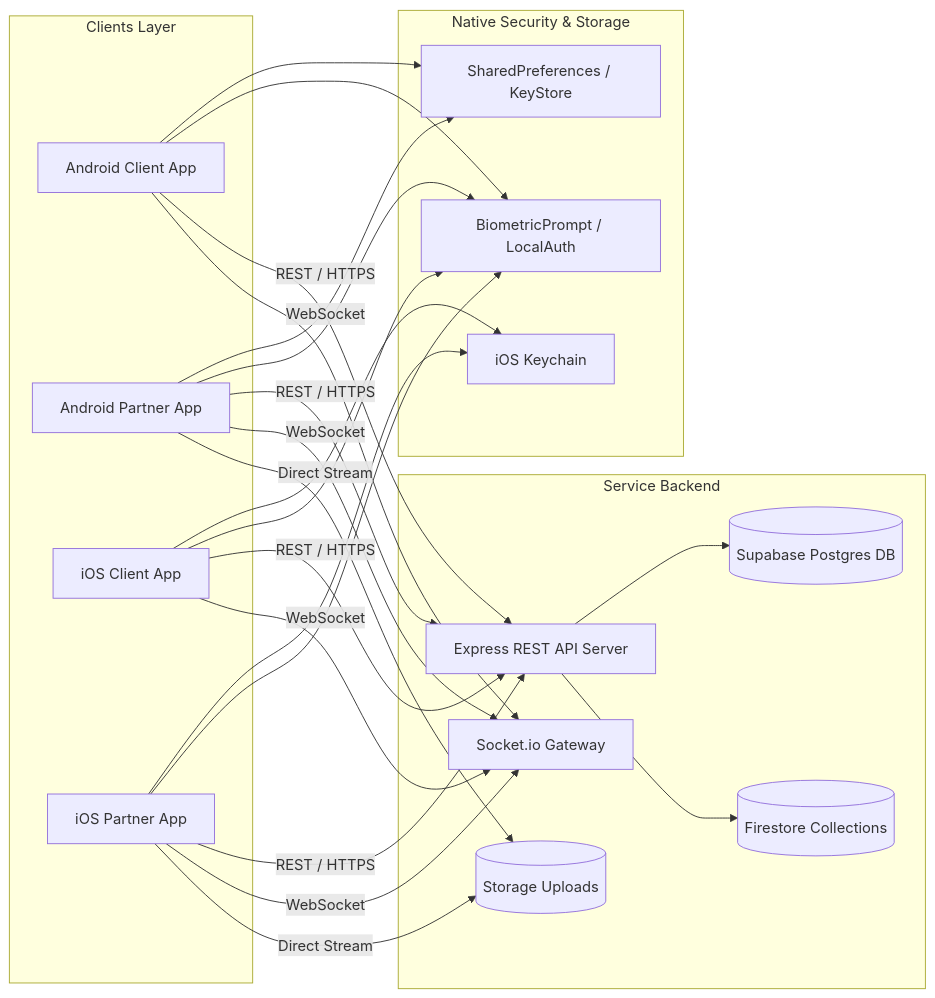
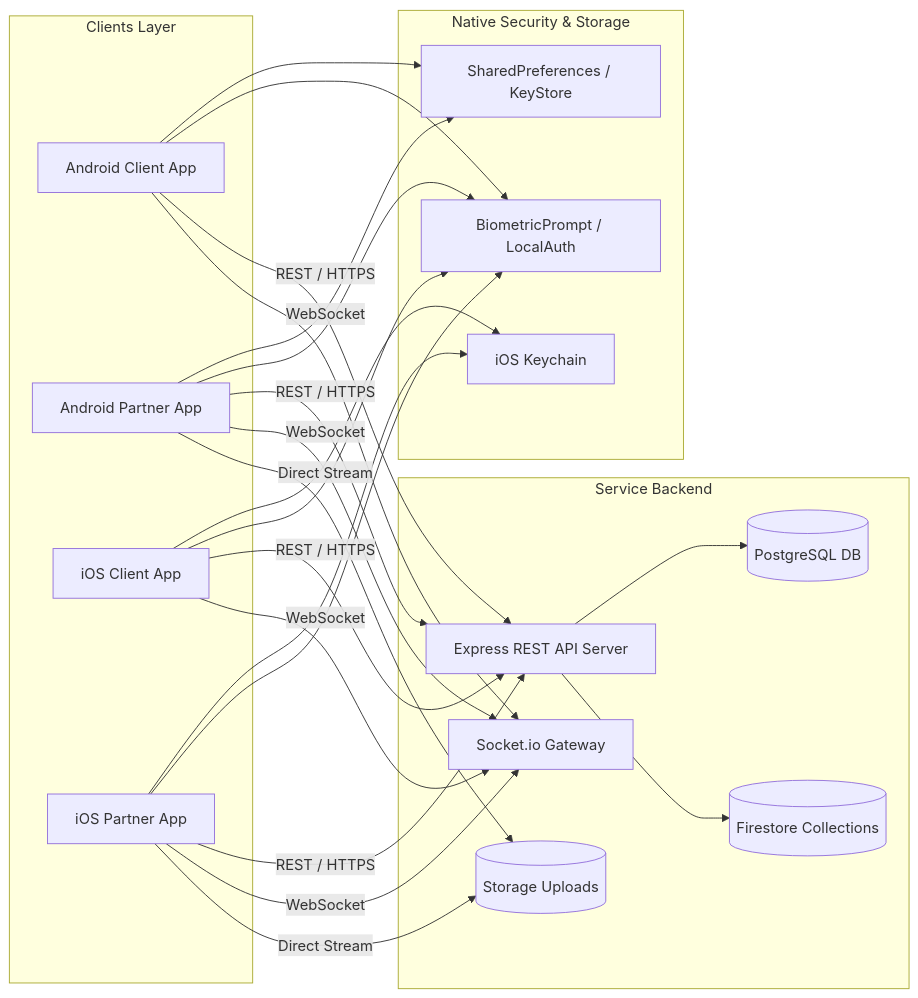
Before and after one commit to orbit-quickcontent/Orbit.V2: the diagram in docs/migration/ArchitectureDiagram.md, drawn with Mermaid. The commit also changed 91 other files, not shown here.

````diff
--- a/docs/migration/ArchitectureDiagram.md
+++ b/docs/migration/ArchitectureDiagram.md
@@ -7,48 +7,48 @@
 ```mermaid
 graph LR
     subgraph Clients Layer
         A1[Android Client App]
         A2[Android Partner App]
         I1[iOS Client App]
         I2[iOS Partner App]
     end
 
     subgraph Native Security & Storage
         AS1[SharedPreferences / KeyStore]
         IS1[iOS Keychain]
         BC[BiometricPrompt / LocalAuth]
     end
 
     subgraph Service Backend
         EX[Express REST API Server]
         WS[Socket.io Gateway]
-        PR[(Supabase Postgres DB)]
+        PR[(PostgreSQL DB)]
         FS[(Firestore Collections)]
         S3[(Storage Uploads)]
     end
 
     A1 --> AS1
     A2 --> AS1
     I1 --> IS1
     I2 --> IS1
 
     A1 --> BC
     A2 --> BC
     I1 --> BC
     I2 --> BC
 
     A1 -->|REST / HTTPS| EX
     A2 -->|REST / HTTPS| EX
     I1 -->|REST / HTTPS| EX
     I2 -->|REST / HTTPS| EX
 
     A1 -->|WebSocket| WS
     A2 -->|WebSocket| WS
     I1 -->|WebSocket| WS
     I2 -->|WebSocket| WS
 
     EX --> PR
     EX --> FS
     A2 -->|Direct Stream| S3
     I2 -->|Direct Stream| S3
 ```
````
